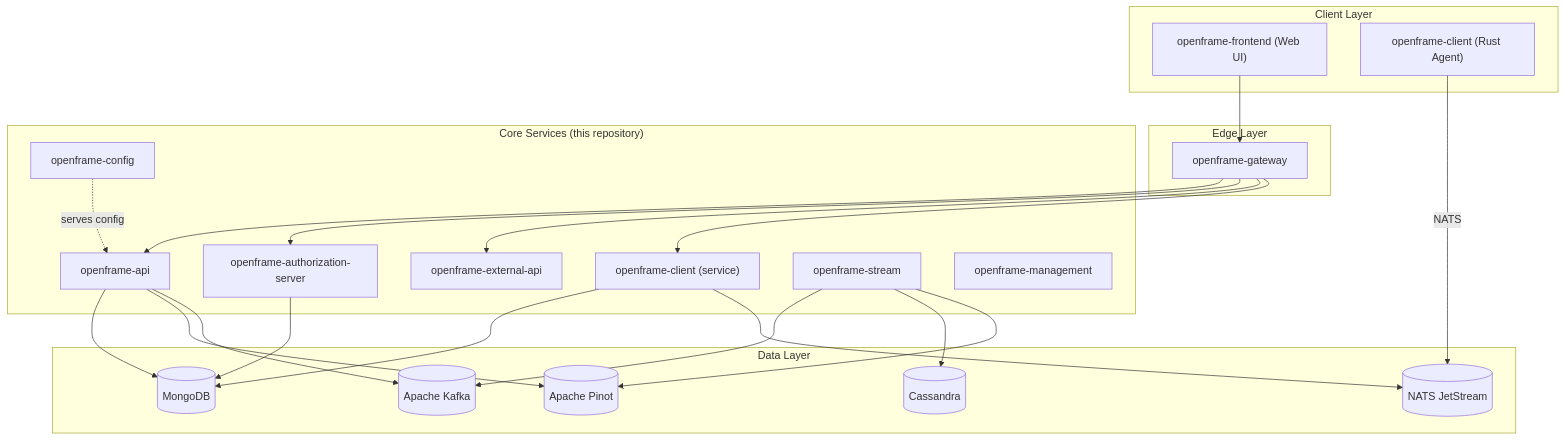
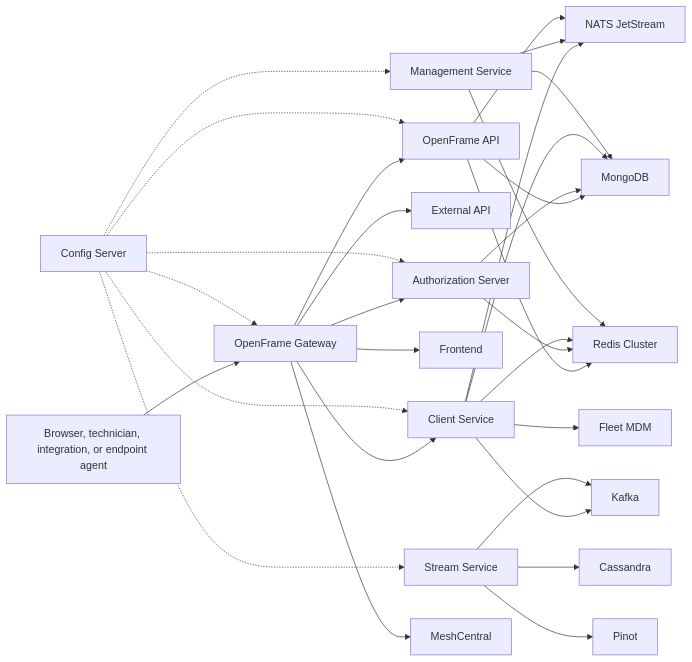
One commit to flamingo-stack/openframe-oss-tenant changed the diagram in docs/getting-started/introduction.md. Above: the diagram before and after it, drawn with Mermaid. The commit also changed other lines of this file and 1387 other files, not shown here.

````diff
--- a/docs/getting-started/introduction.md
+++ b/docs/getting-started/introduction.md
@@ -31,46 +38,39 @@
 ```mermaid
-flowchart TB
-    subgraph Clients["Client Layer"]
-        FrontendUI["openframe-frontend (Web UI)"]
-        RustAgent["openframe-client (Rust Agent)"]
-    end
+flowchart LR
+    User["Browser, technician, integration, or endpoint agent"] --> Gateway["OpenFrame Gateway"]
 
-    subgraph Gateway["Edge Layer"]
-        GW["openframe-gateway"]
-    end
+    Gateway --> Auth["Authorization Server"]
+    Gateway --> Api["OpenFrame API"]
+    Gateway --> ExternalApi["External API"]
+    Gateway --> Client["Client Service"]
+    Gateway --> Frontend["Frontend"]
 
-    subgraph CoreServices["Core Services (this repository)"]
-        API["openframe-api"]
-        AuthServer["openframe-authorization-server"]
-        ExtAPI["openframe-external-api"]
-        ClientSvc["openframe-client (service)"]
-        StreamSvc["openframe-stream"]
-        Mgmt["openframe-management"]
-        Config["openframe-config"]
-    end
+    Config["Config Server"] -.-> Api
+    Config -.-> Auth
+    Config -.-> Client
+    Config -.-> Gateway
+    Config -.-> Management["Management Service"]
+    Config -.-> Stream["Stream Service"]
 
-    subgraph DataLayer["Data Layer"]
-        Mongo[("MongoDB")]
-        Cassandra[("Cassandra")]
-        Pinot[("Apache Pinot")]
-        Kafka[("Apache Kafka")]
-        NATS[("NATS JetStream")]
-    end
+    Client --> Nats["NATS JetStream"]
+    Management --> Nats
+    Api --> Nats
 
-    FrontendUI --> GW
-    RustAgent -->|NATS| NATS
-    GW --> API
-    GW --> AuthServer
-    GW --> ExtAPI
-    GW --> ClientSvc
-    API --> Mongo
-    API --> Pinot
-    API --> Kafka
-    StreamSvc --> Kafka
-    StreamSvc --> Cassandra
-    StreamSvc --> Pinot
-    ClientSvc --> Mongo
-    ClientSvc --> NATS
-    AuthServer --> Mongo
-    Config -.->|serves config| API
+    Client --> Kafka["Kafka"]
+    Stream --> Kafka
+    Stream --> Cassandra["Cassandra"]
+    Stream --> Pinot["Pinot"]
+
+    Api --> Mongo["MongoDB"]
+    Auth --> Mongo
+    Client --> Mongo
+    Management --> Mongo
+
+    Api --> Redis["Redis Cluster"]
+    Auth --> Redis
+    Client --> Redis
+    Management --> Redis
+
+    Client --> Fleet["Fleet MDM"]
+    Gateway --> Mesh["MeshCentral"]
 ```
````
